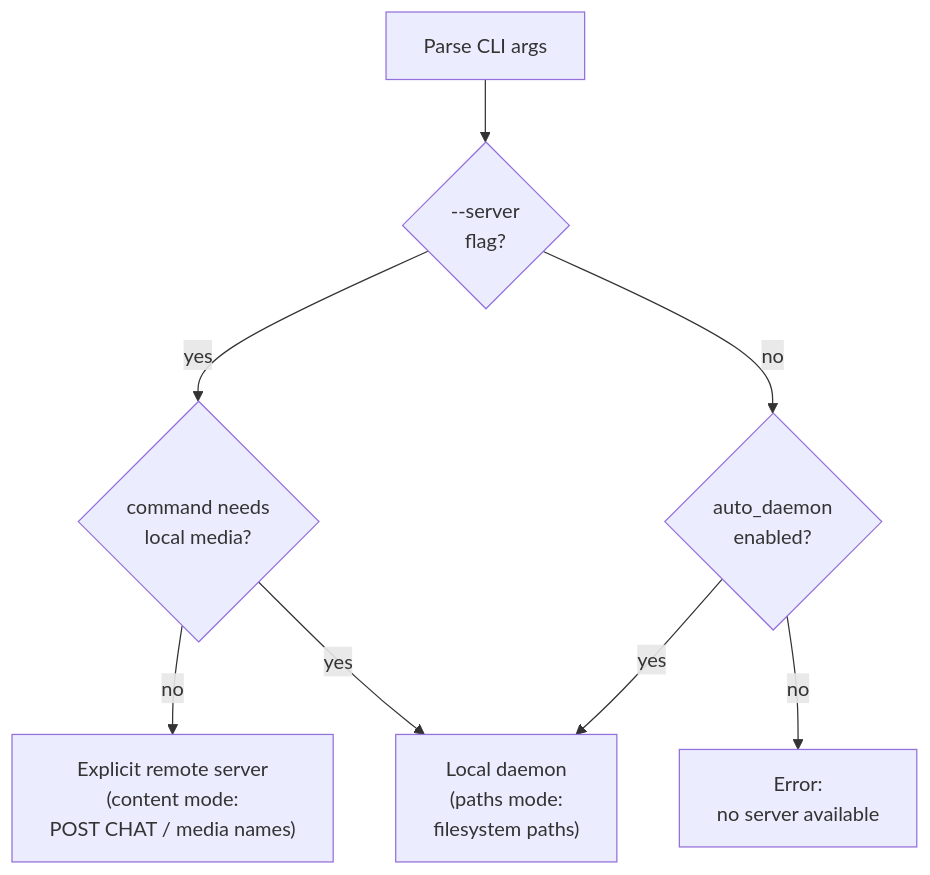
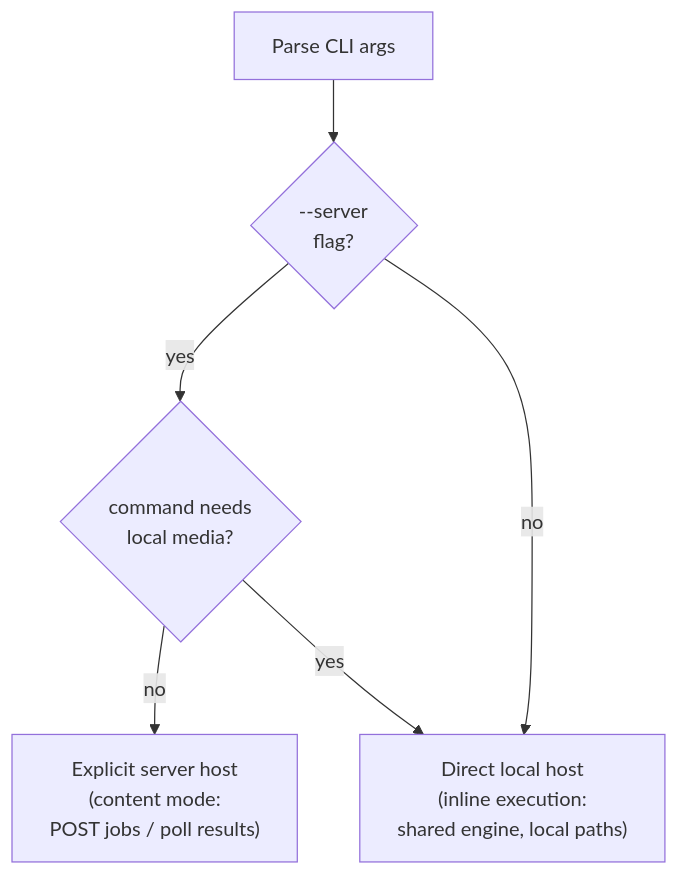
The diagram in book/src/architecture/dispatch-system.md (TalkBank/batchalign3), drawn with Mermaid before and after one commit. The commit also changed other lines of this file and 77 other files, not shown here.

````diff
--- a/book/src/architecture/dispatch-system.md
+++ b/book/src/architecture/dispatch-system.md
@@ -10,18 +10,14 @@
 ```mermaid
 flowchart TD
     args["Parse CLI args"]
     explicit{"--server\nflag?"}
     media_local{"command needs\nlocal media?"}
-    remote["Explicit remote server\n(content mode:\nPOST CHAT / media names)"]
-    daemon{"auto_daemon\nenabled?"}
-    local["Local daemon\n(paths mode:\nfilesystem paths)"]
-    err["Error:\nno server available"]
+    remote["Explicit server host\n(content mode:\nPOST jobs / poll results)"]
+    local["Direct local host\n(inline execution:\nshared engine, local paths)"]
 
     args --> explicit
     explicit -->|yes| media_local
     media_local -->|no| remote
     media_local -->|yes| local
-    explicit -->|no| daemon
-    daemon -->|yes| local
-    daemon -->|no| err
+    explicit -->|no| local
 ```
````
